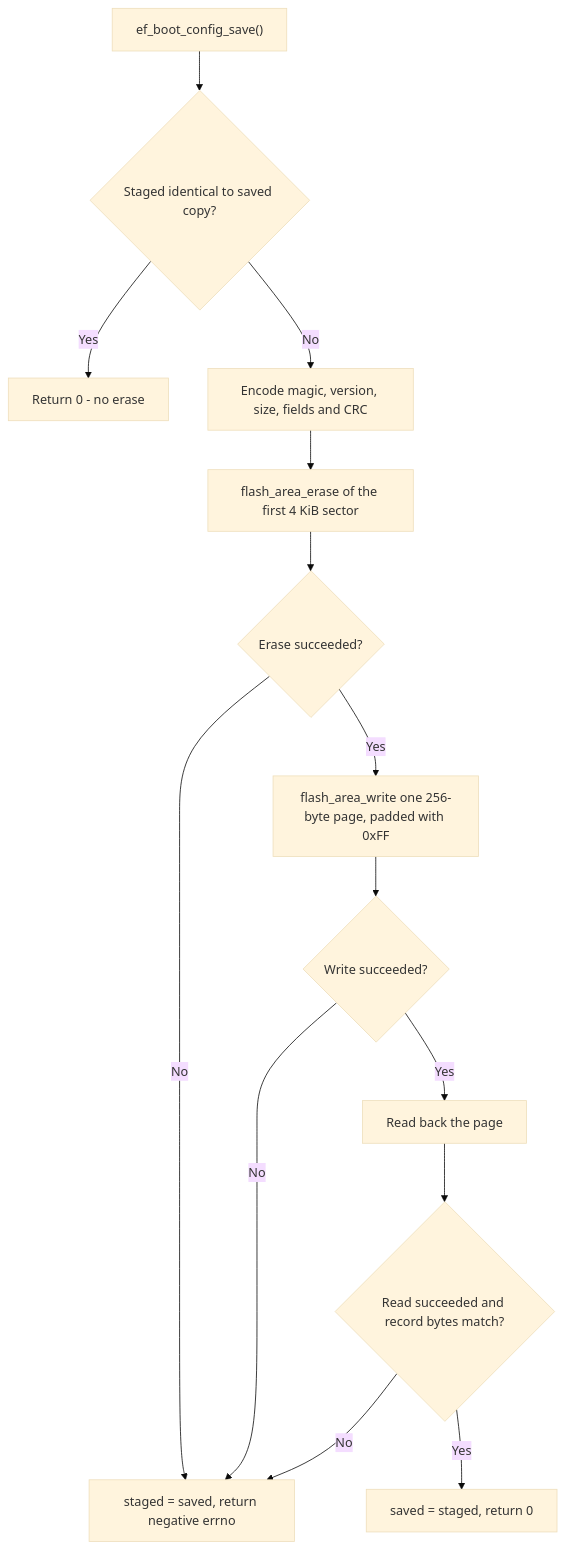
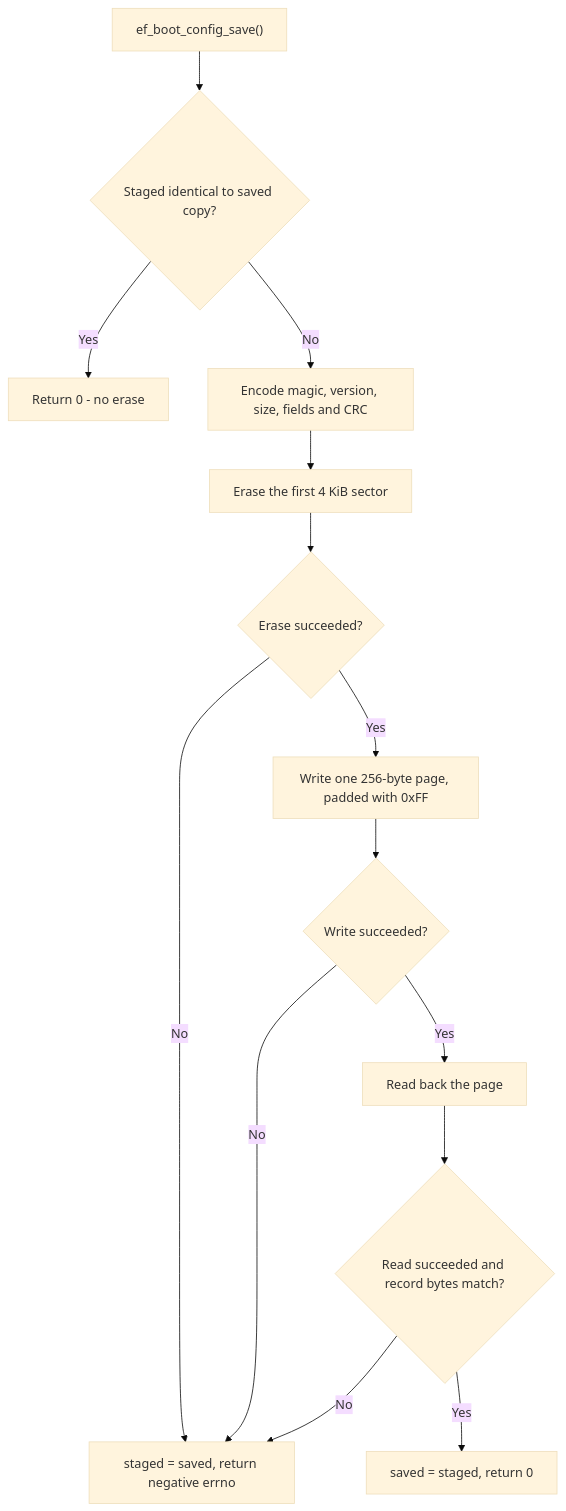
Before and after one commit to djwinter29-oss/ESPForge: the fifth of 6 diagrams in docs/reference/settings.md, drawn with Mermaid (base theme). The commit also changed other lines of this file and 21 other files, not shown here.

````diff
--- a/docs/reference/settings.md
+++ b/docs/reference/settings.md
@@ -156,16 +155,16 @@
 ```mermaid
 flowchart TD
     Start["ef_boot_config_save()"] --> Same{"Staged identical to saved copy?"}
     Same -->|Yes| Ok["Return 0 - no erase"]
     Same -->|No| Build["Encode magic, version, size, fields and CRC"]
-    Build --> Erase["flash_area_erase of the first 4 KiB sector"]
+    Build --> Erase["Erase the first 4 KiB sector"]
     Erase --> Erased{"Erase succeeded?"}
     Erased -->|No| Fail["staged = saved, return negative errno"]
-    Erased -->|Yes| Program["flash_area_write one 256-byte page, padded with 0xFF"]
+    Erased -->|Yes| Program["Write one 256-byte page, padded with 0xFF"]
     Program --> Written{"Write succeeded?"}
     Written -->|No| Fail
     Written -->|Yes| Read["Read back the page"]
     Read --> Verify{"Read succeeded and record bytes match?"}
     Verify -->|Yes| Ok2["saved = staged, return 0"]
     Verify -->|No| Fail
 ```
````
